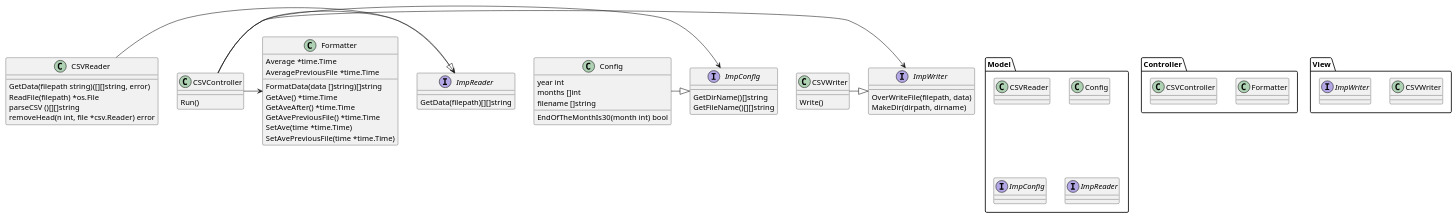
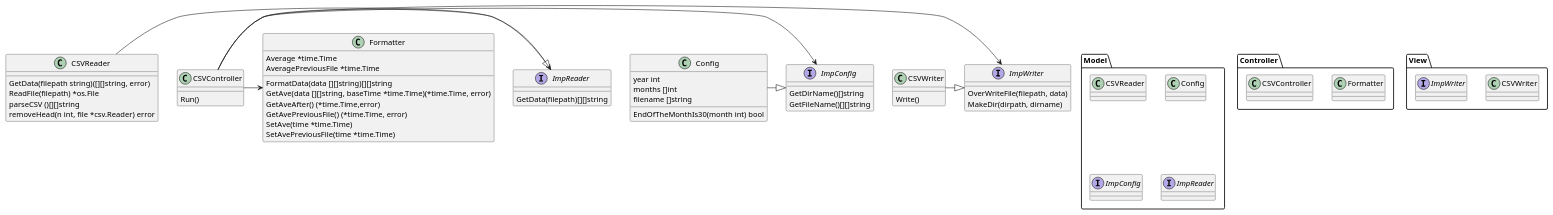
The diagram in classDiagram.puml (Issei0804-ie/lab11), drawn with PlantUML before and after one commit.

```diff
--- a/classDiagram.puml
+++ b/classDiagram.puml
@@ -1,80 +1,80 @@
 @startuml
 
 package "Controller"{
     class Formatter
     class CSVController
 }
 
 package "Model"{
     class CSVReader
     class Config
     interface ImpConfig
     interface ImpReader
 
 }
 
 package View{
     class CSVWriter
     interface ImpWriter
 }
 
 class Config{
     year int
     months []int
     filename []string
     EndOfTheMonthIs30(month int) bool
 }
 
 interface ImpConfig{
     GetDirName()[]string
     GetFileName()[][]string
 }
 
 class CSVReader{
     GetData(filepath string)([][]string, error)
     ReadFile(filepath) *os.File
     parseCSV ()[][]string
     removeHead(n int, file *csv.Reader) error
 }
 
 interface ImpReader{
     GetData(filepath)[][]string
 
 }
 
 class CSVController{
     Run()
 }
 
 class Formatter{
     Average *time.Time
     AveragePreviousFile *time.Time
-    FormatData(data []string)[]string
-    GetAve() *time.Time
-    GetAveAfter() *time.Time
-    GetAvePreviousFile() *time.Time
+    FormatData(data [][]string)[][]string
+    GetAve(data [][]string, baseTime *time.Time)(*time.Time, error)
+    GetAveAfter() (*time.Time,error)
+    GetAvePreviousFile() (*time.Time, error)
     SetAve(time *time.Time)
     SetAvePreviousFile(time *time.Time)
 }
 
 class CSVWriter{
     Write()
 }
 
 interface ImpWriter{
     OverWriteFile(filepath, data)
     MakeDir(dirpath, dirname)
 
 }
 
 CSVReader -|> ImpReader
 Config -|> ImpConfig
 
 CSVController -> ImpConfig
 CSVController -> ImpReader
 CSVController -> Formatter
 CSVController -> ImpWriter
 
 CSVWriter -|> ImpWriter
 
 @enduml
```
